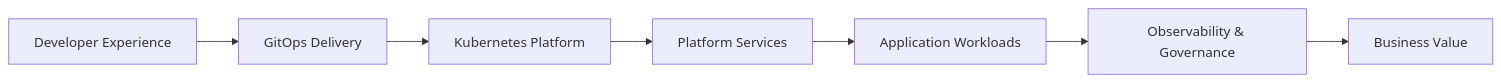
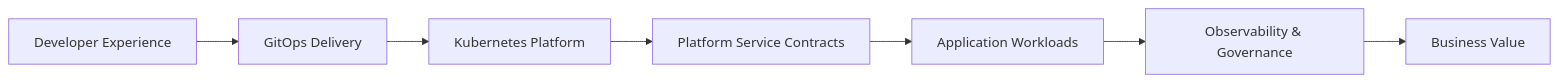
The diagram in README.md (edwin-omoigui/platform-architecture-portfolio), drawn with Mermaid before and after one commit. The commit also changed other lines of this file and 6 other files, not shown here.

````diff
--- a/README.md
+++ b/README.md
@@ -25,9 +25,9 @@
 ```mermaid
 flowchart LR
     A[Developer Experience] --> B[GitOps Delivery]
     B --> C[Kubernetes Platform]
-    C --> D[Platform Services]
+    C --> D[Platform Service Contracts]
     D --> E[Application Workloads]
     E --> F[Observability & Governance]
     F --> G[Business Value]
 ```
````
